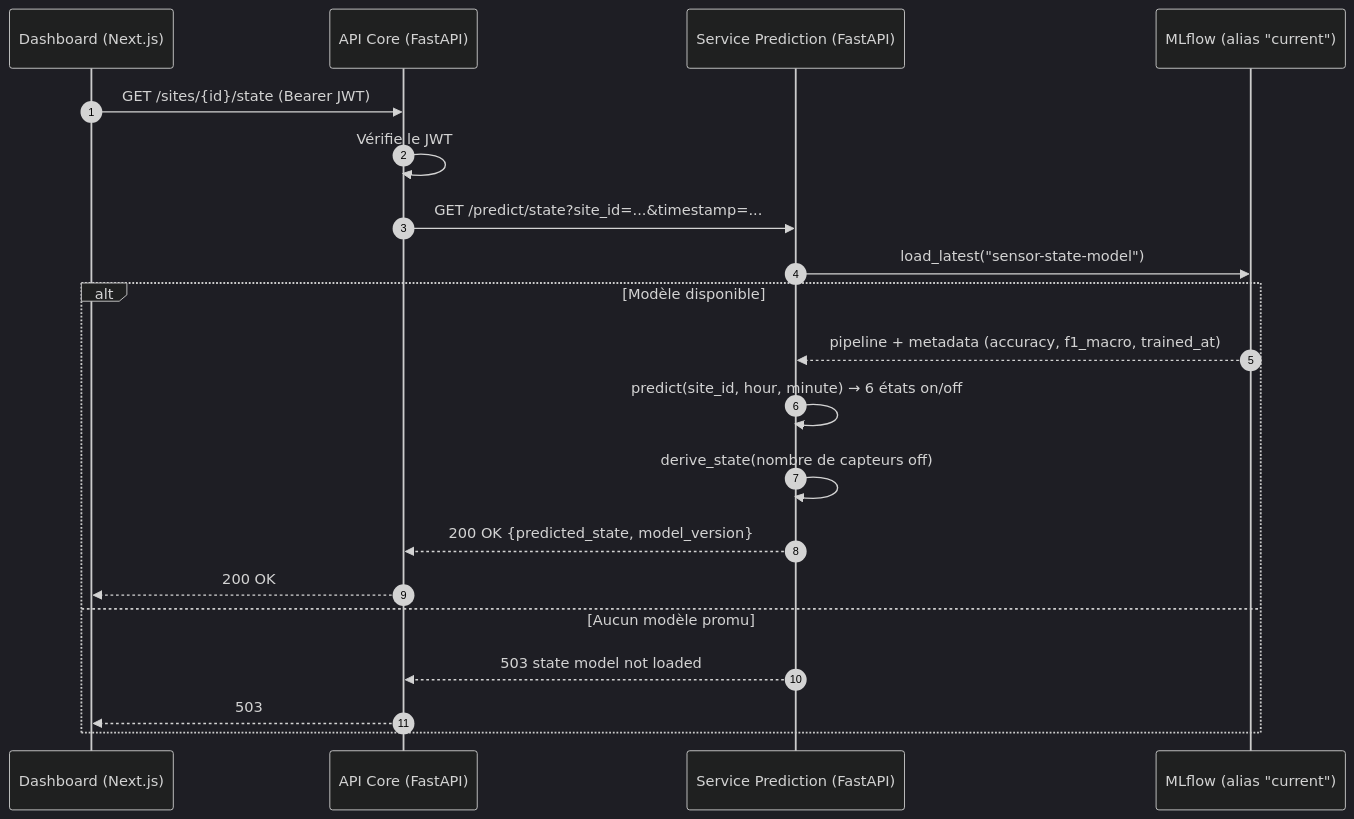
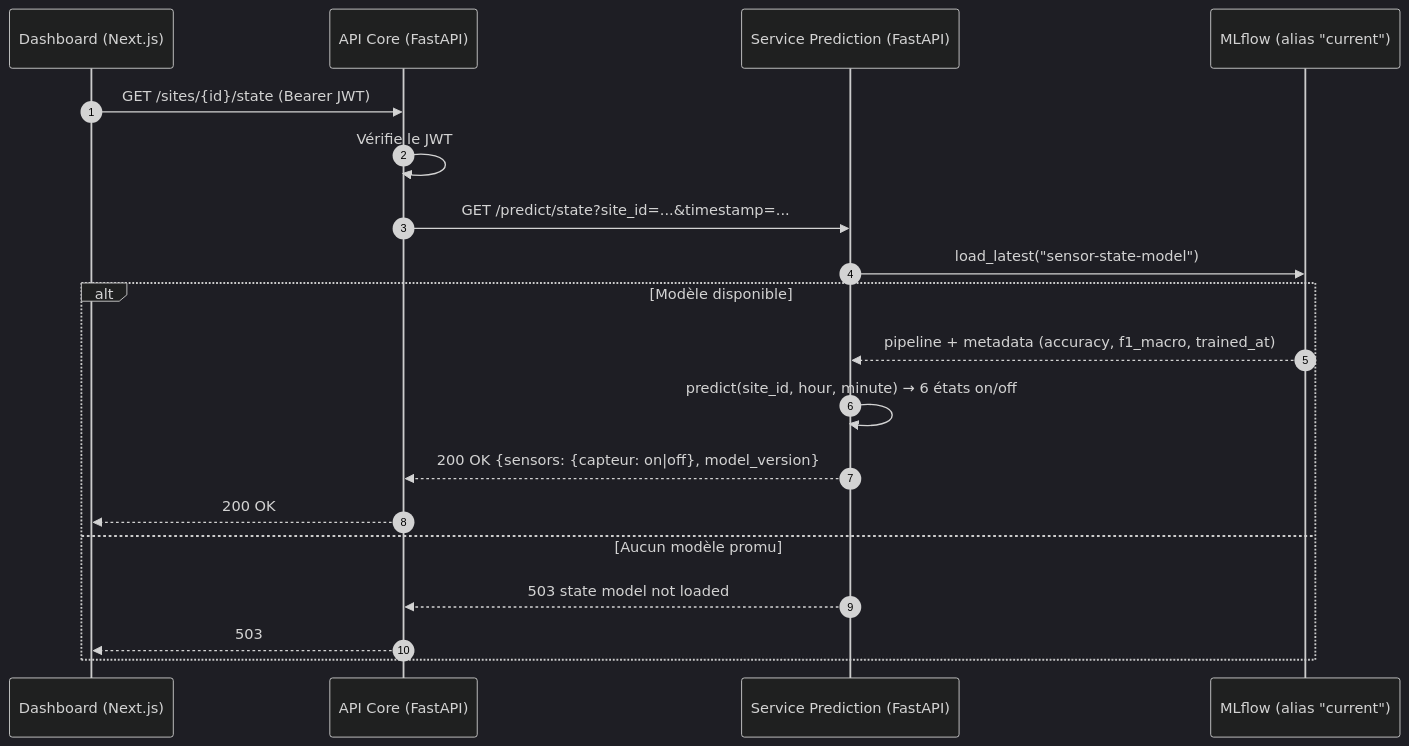
Before and after one commit to PetitPingu/EnerVision: the third of 3 diagrams in apps/prediction/docs/state-model.md, drawn with Mermaid (dark theme). The commit also changed other lines of this file and 6 other files, not shown here.

````diff
--- a/apps/prediction/docs/state-model.md
+++ b/apps/prediction/docs/state-model.md
@@ -168,23 +148,22 @@
 ```mermaid
 sequenceDiagram
     autonumber
     participant Client as Dashboard (Next.js)
     participant Core as API Core (FastAPI)
     participant Pred as Service Prediction (FastAPI)
     participant MLflow as MLflow (alias "current")
 
     Client->>Core: GET /sites/{id}/state (Bearer JWT)
     Core->>Core: Vérifie le JWT
     Core->>Pred: GET /predict/state?site_id=...&timestamp=...
     Pred->>MLflow: load_latest("sensor-state-model")
     alt Modèle disponible
         MLflow-->>Pred: pipeline + metadata (accuracy, f1_macro, trained_at)
         Pred->>Pred: predict(site_id, hour, minute) → 6 états on/off
-        Pred->>Pred: derive_state(nombre de capteurs off)
-        Pred-->>Core: 200 OK {predicted_state, model_version}
+        Pred-->>Core: 200 OK {sensors: {capteur: on|off}, model_version}
         Core-->>Client: 200 OK
     else Aucun modèle promu
         Pred-->>Core: 503 state model not loaded
         Core-->>Client: 503
     end
 ```
````
